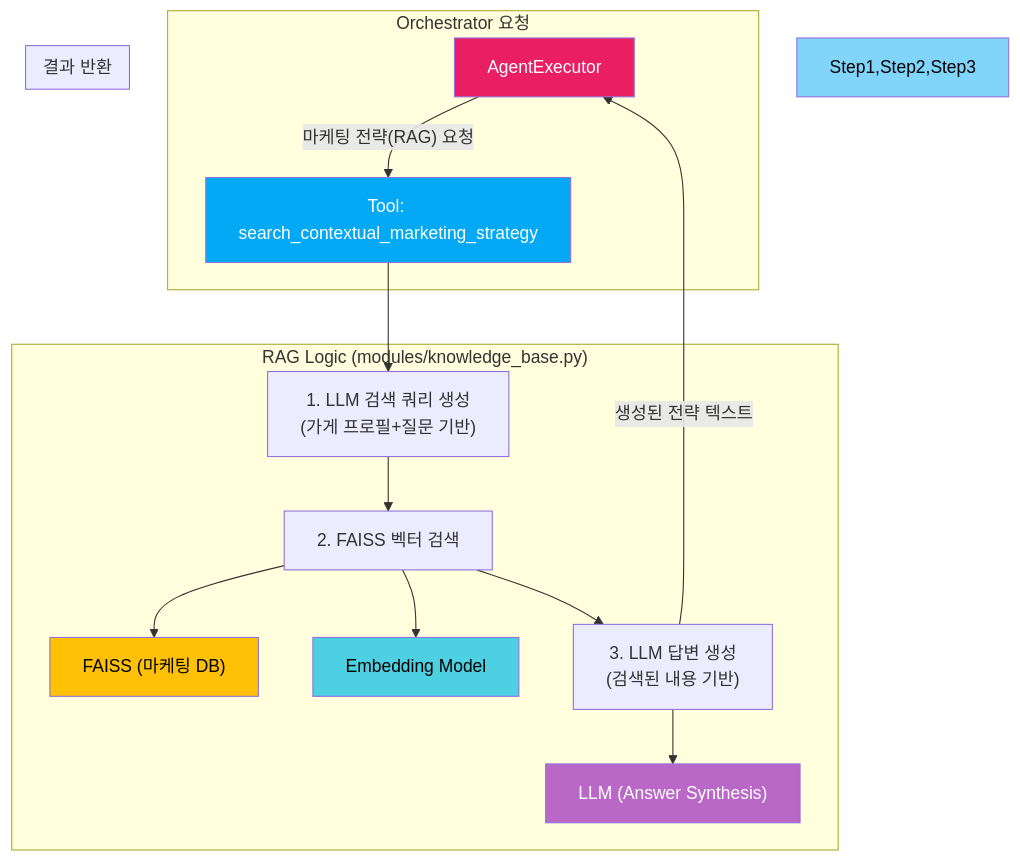
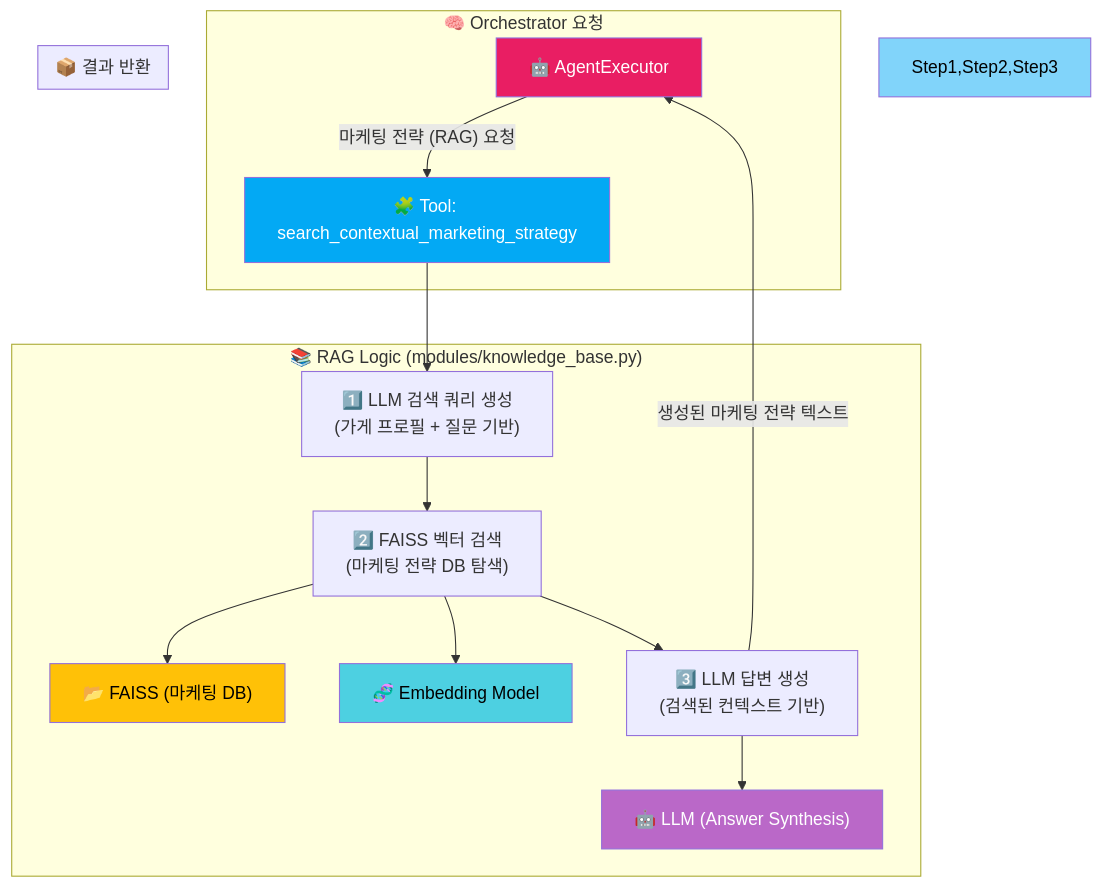
The third of 4 diagrams in README.md (Synapse-Bigcontest/2025_bigcontest), drawn with Mermaid before and after one commit. The commit also changed other lines of this file, not shown here.

````diff
--- a/README.md
+++ b/README.md
@@ -151,27 +164,28 @@
 ```mermaid
 graph TD
-    subgraph "Orchestrator 요청"
-        Agent["AgentExecutor"] -- 마케팅 전략(RAG) 요청 --> Tool_RAG["Tool: search_contextual_marketing_strategy"]
+
+    subgraph "🧠 Orchestrator 요청"
+        Agent["🤖 AgentExecutor"] -- "마케팅 전략 (RAG) 요청" --> Tool_RAG["🧩 Tool: search_contextual_marketing_strategy"]
     end
 
-    subgraph "RAG Logic (modules/knowledge_base.py)"
-        Tool_RAG --> Step1["1. LLM 검색 쿼리 생성\n(가게 프로필+질문 기반)"]
-        Step1 --> Step2["2. FAISS 벡터 검색"]
-        Step2 --> VSM["FAISS (마케팅 DB)"]
-        Step2 --> EM["Embedding Model"]
-        Step2 --> Step3["3. LLM 답변 생성\n(검색된 내용 기반)"]
-        Step3 --> LLM2["LLM (Answer Synthesis)"]
+    subgraph "📚 RAG Logic (modules/knowledge_base.py)"
+        Tool_RAG --> Step1["1️⃣ LLM 검색 쿼리 생성<br>(가게 프로필 + 질문 기반)"]
+        Step1 --> Step2["2️⃣ FAISS 벡터 검색<br>(마케팅 전략 DB 탐색)"]
+        Step2 --> VSM["📂 FAISS (마케팅 DB)"]
+        Step2 --> EM["🧬 Embedding Model"]
+        Step2 --> Step3["3️⃣ LLM 답변 생성<br>(검색된 컨텍스트 기반)"]
+        Step3 --> LLM2["🤖 LLM (Answer Synthesis)"]
     end
 
-    subgraph "결과 반환"
-        Step3 -- 생성된 전략 텍스트 --> Agent
+    subgraph "📦 결과 반환"
+        Step3 -- "생성된 마케팅 전략 텍스트" --> Agent
     end
 
-    %% Styling
+    %% 스타일
     style Agent fill:#E91E63,color:#fff
     style Tool_RAG fill:#03A9F4,color:#fff
     style Step1,Step2,Step3 fill:#81D4FA,color:#000
     style VSM fill:#FFC107,color:#000
     style EM fill:#4DD0E1,color:#000
     style LLM2 fill:#BA68C8,color:#fff
 ```
````
